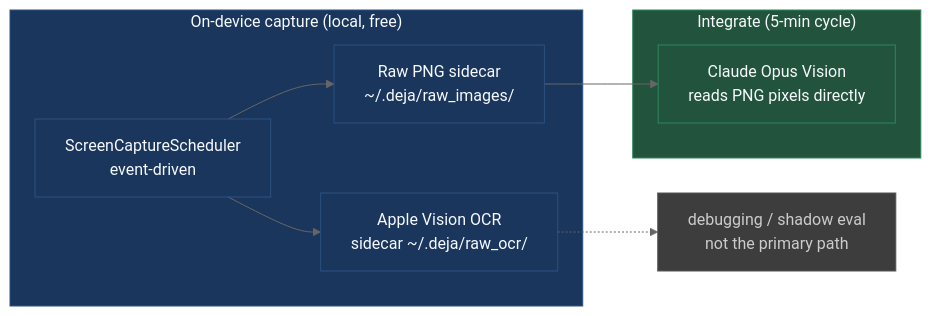
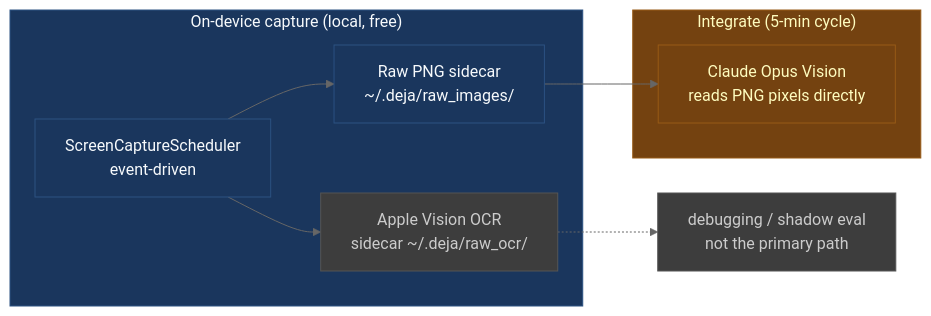
The second of 3 diagrams in docs-site/docs/signals.md (dwurtz/lighthouse), drawn with Mermaid (neutral theme) before and after one commit. The commit also changed other lines of this file and 11 other files, not shown here.

````diff
--- a/docs-site/docs/signals.md
+++ b/docs-site/docs/signals.md
@@ -96,24 +98,27 @@
 ```mermaid
 flowchart LR
     subgraph Capture["On-device capture (local, free)"]
         Cap[ScreenCaptureScheduler<br/>event-driven]
         PNG[Raw PNG sidecar<br/>~/.deja/raw_images/]
         OCR[Apple Vision OCR<br/>sidecar ~/.deja/raw_ocr/]
     end
 
     subgraph Integrate["Integrate (5-min cycle)"]
         Claude[Claude Opus Vision<br/>reads PNG pixels directly]
     end
 
     Cap --> PNG
     Cap --> OCR
     PNG --> Claude
     OCR -.-> Debug[debugging / shadow eval<br/>not the primary path]
 
-    classDef local fill:#1a365d,stroke:#2c5282,color:#f7fafc
-    classDef primary fill:#22543d,stroke:#2f855a,color:#f7fafc
-    classDef aside fill:#3d3d3d,stroke:#555,color:#ccc
-    class Capture,Cap,PNG,OCR local
-    class Integrate,Claude primary
+    classDef source  fill:#1a365d,stroke:#2c5282,color:#f7fafc
+    classDef wiki    fill:#22543d,stroke:#2f855a,color:#f7fafc
+    classDef process fill:#744210,stroke:#975a16,color:#fefcbf
+    classDef cos     fill:#975a16,stroke:#d69e2e,color:#fefcbf
+    classDef aside   fill:#3d3d3d,stroke:#555,color:#ccc
+    class Capture,Cap,PNG source
+    class OCR aside
+    class Integrate,Claude process
     class Debug aside
 ```
````
